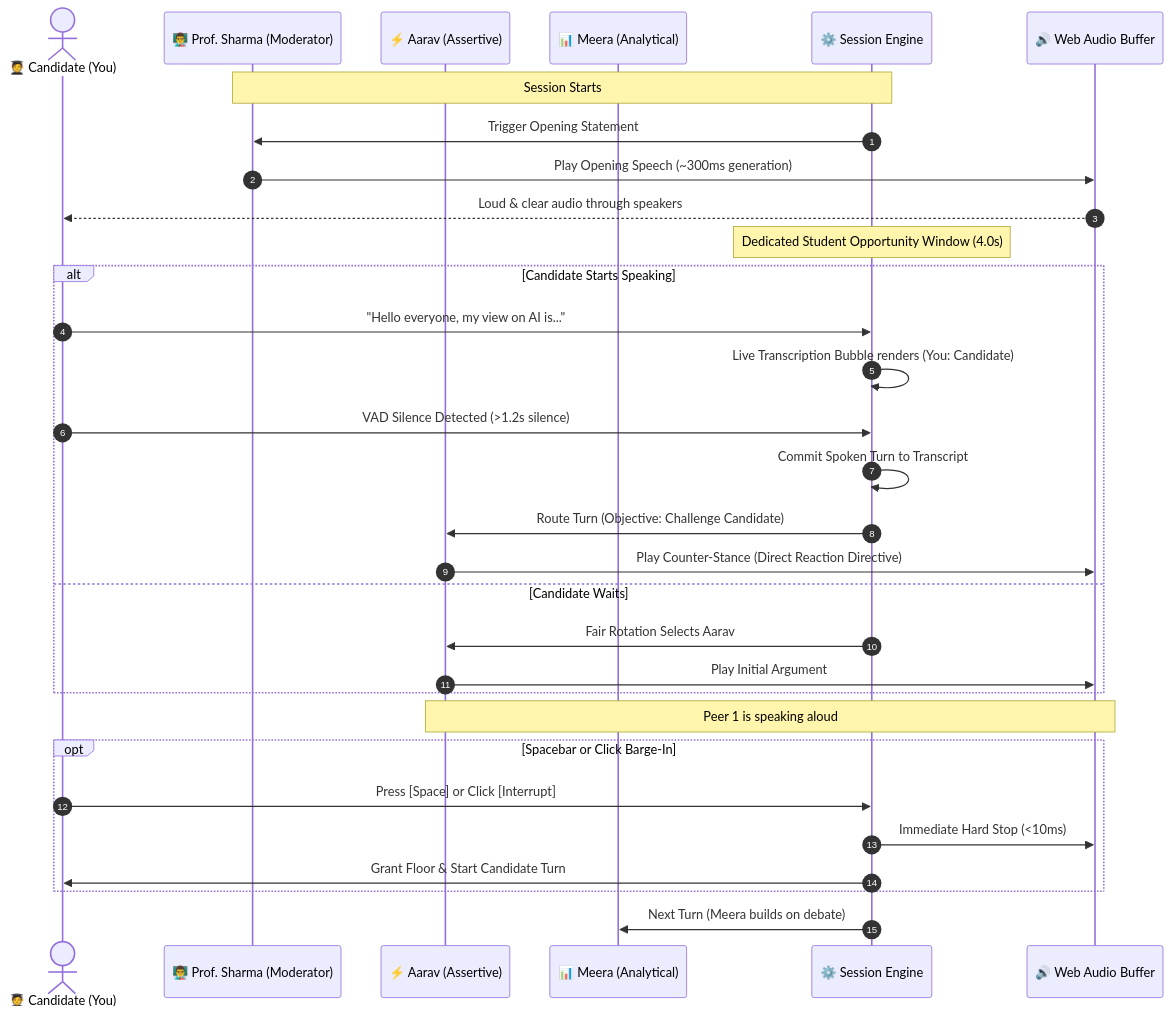
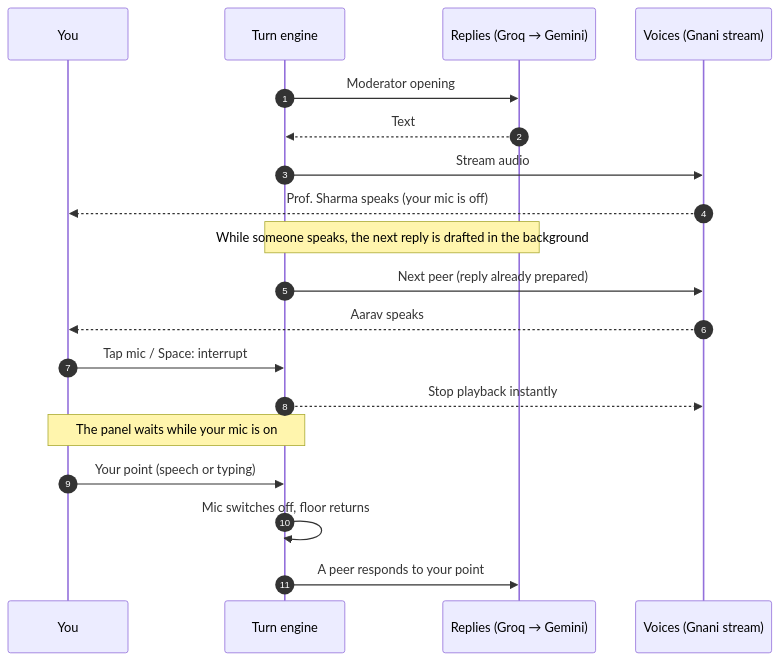
One commit to at9501264-stack/Azisly.ai changed the first of 2 diagrams in README.md. Above: the diagram before and after it, drawn with Mermaid. The commit also changed other lines of this file and 54 other files, not shown here.

````diff
--- a/README.md
+++ b/README.md
@@ -148,37 +67,22 @@
 ```mermaid
 sequenceDiagram
     autonumber
-    actor Candidate as 🧑‍🎓 Candidate (You)
-    participant Mod as 👨‍🏫 Prof. Sharma (Moderator)
-    participant Peer1 as ⚡ Aarav (Assertive)
-    participant Peer2 as 📊 Meera (Analytical)
-    participant Engine as ⚙️ Session Engine
-    participant Audio as 🔊 Web Audio Buffer
+    participant You
+    participant Room as Turn engine
+    participant LLM as Replies (Groq → Gemini)
+    participant Voice as Voices (Gnani stream)
 
-    Note over Mod,Engine: Session Starts
-    Engine->>Mod: Trigger Opening Statement
-    Mod->>Audio: Play Opening Speech (~300ms generation)
-    Audio-->>Candidate: Loud & clear audio through speakers
-    Note over Engine: Dedicated Student Opportunity Window (4.0s)
-    
-    alt Candidate Starts Speaking
-        Candidate->>Engine: "Hello everyone, my view on AI is..."
-        Engine->>Engine: Live Transcription Bubble renders (You: Candidate)
-        Candidate->>Engine: VAD Silence Detected (>1.2s silence)
-        Engine->>Engine: Commit Spoken Turn to Transcript
-        Engine->>Peer1: Route Turn (Objective: Challenge Candidate)
-        Peer1->>Audio: Play Counter-Stance (Direct Reaction Directive)
-    else Candidate Waits
-        Engine->>Peer1: Fair Rotation Selects Aarav
-        Peer1->>Audio: Play Initial Argument
-    end
-
-    Note over Peer1,Audio: Peer 1 is speaking aloud
-    opt Spacebar or Click Barge-In
-        Candidate->>Engine: Press [Space] or Click [Interrupt]
-        Engine->>Audio: Immediate Hard Stop (<10ms)
-        Engine->>Candidate: Grant Floor & Start Candidate Turn
-    end
-
-    Engine->>Peer2: Next Turn (Meera builds on debate)
+    Room->>LLM: Moderator opening
+    LLM-->>Room: Text
+    Room->>Voice: Stream audio
+    Voice-->>You: Prof. Sharma speaks (your mic is off)
+    Note over Room,LLM: While someone speaks, the next reply is drafted in the background
+    Room->>Voice: Next peer (reply already prepared)
+    Voice-->>You: Aarav speaks
+    You->>Room: Tap mic / Space: interrupt
+    Room-->>Voice: Stop playback instantly
+    Note over You,Room: The panel waits while your mic is on
+    You->>Room: Your point (speech or typing)
+    Room->>Room: Mic switches off, floor returns
+    Room->>LLM: A peer responds to your point
 ```
````
